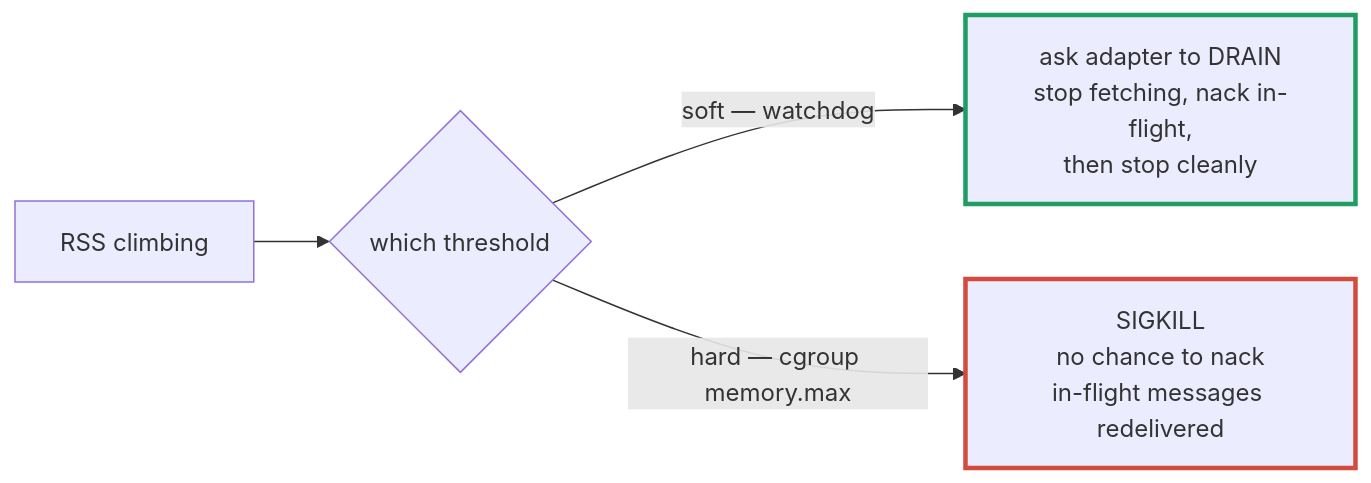
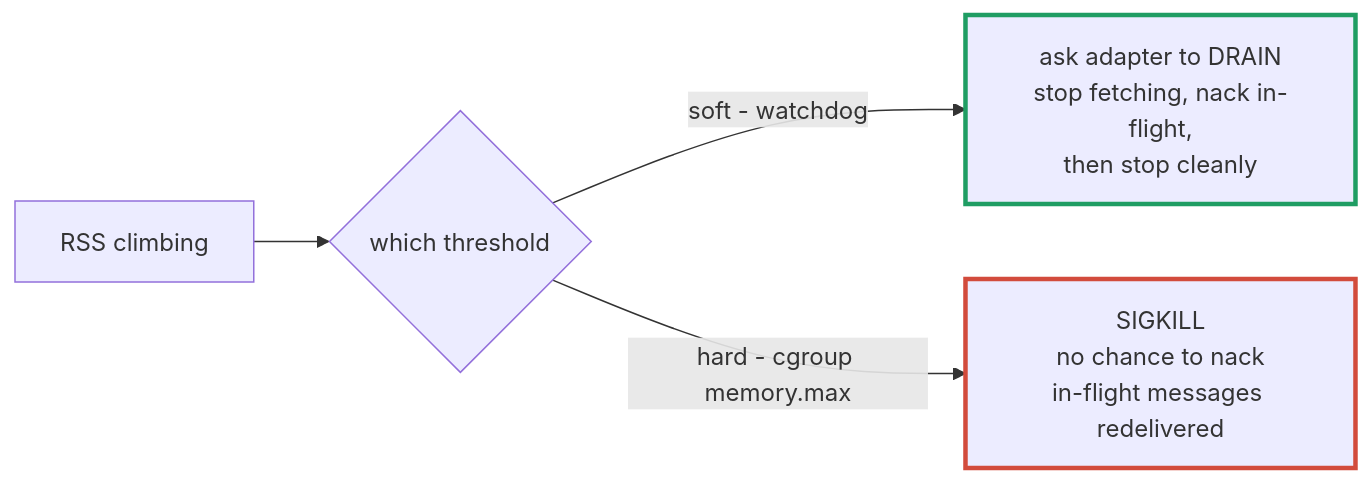
Diagram 15 of 34 in docs/design/resident-adapters-design.md (simplify9/Bitween-api), drawn with Mermaid before and after one commit. The commit also changed other lines of this file and 768 other files, not shown here.

````diff
--- a/docs/design/resident-adapters-design.md
+++ b/docs/design/resident-adapters-design.md
@@ -709,8 +709,8 @@
 ```mermaid
 flowchart LR
     M["RSS climbing"] --> S{"which threshold"}
-    S -->|"soft — watchdog"| D1["ask adapter to DRAIN<br/>stop fetching, nack in-flight,<br/>then stop cleanly"]
-    S -->|"hard — cgroup memory.max"| D2["SIGKILL<br/>no chance to nack<br/>in-flight messages redelivered"]
+    S -->|"soft - watchdog"| D1["ask adapter to DRAIN<br/>stop fetching, nack in-flight,<br/>then stop cleanly"]
+    S -->|"hard - cgroup memory.max"| D2["SIGKILL<br/>no chance to nack<br/>in-flight messages redelivered"]
     style D1 stroke:#1f9d63,stroke-width:3px
     style D2 stroke:#d24b3c,stroke-width:3px
 ```
````
